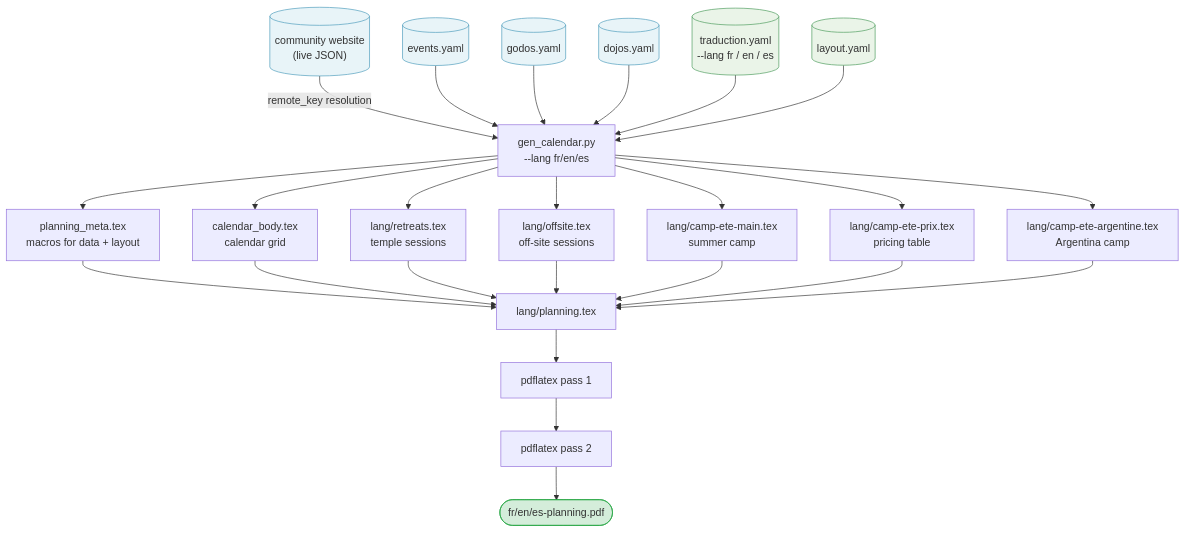
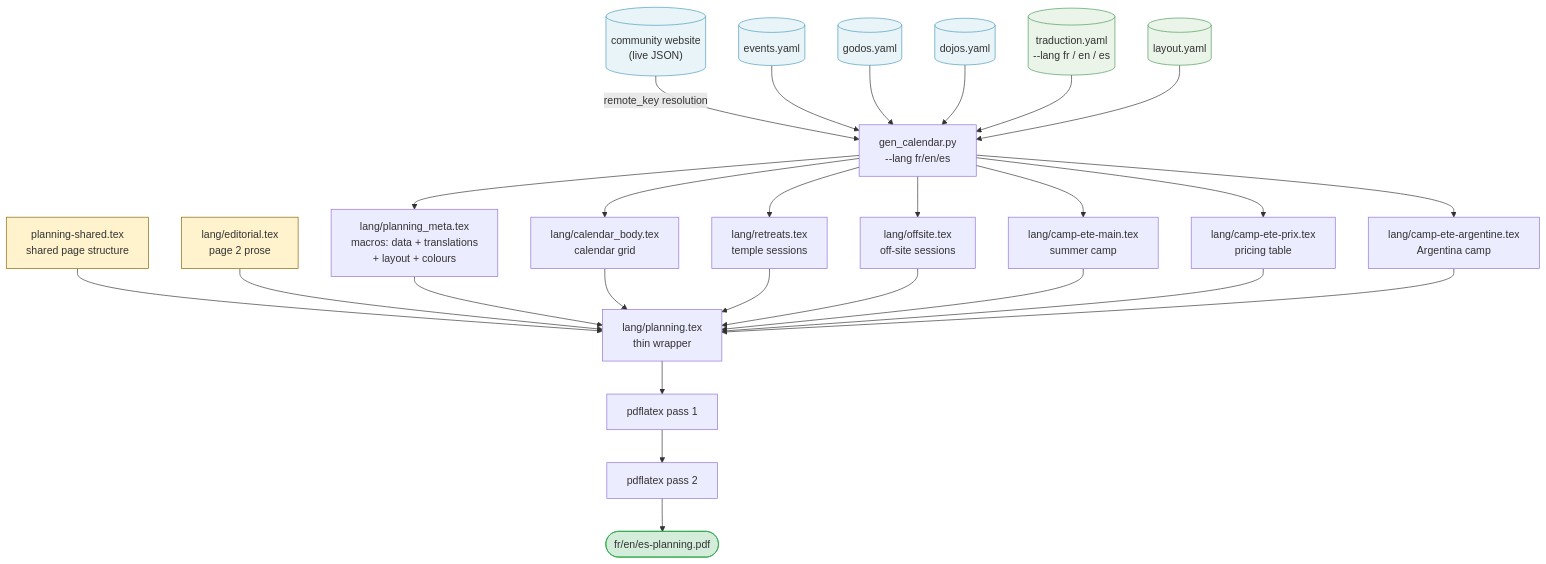
The diagram in src/content/blog/planning-poster-layout-data-generation-separation.mdx (olivier-carrere/redaction-technique.org), drawn with Mermaid before and after one commit. The commit also changed other lines of this file, not shown here.

First line of the commit message:
edit(blog): reflect planning-shared.tex architecture and colour palette in layout.yaml

````diff
--- a/src/content/blog/planning-poster-layout-data-generation-separation.mdx
+++ b/src/content/blog/planning-poster-layout-data-generation-separation.mdx
@@ -49,36 +51,40 @@
 ```mermaid
 flowchart TD
     R[("community website<br/>(live JSON)")] -->|remote_key resolution| G
     EV[(events.yaml)] --> G
     GO[(godos.yaml)] --> G
     DO[(dojos.yaml)] --> G
     TR[(traduction.yaml<br/>--lang fr / en / es)] --> G
     LY[(layout.yaml)] --> G
-    G[gen_calendar.py<br/>--lang fr/en/es] --> M[planning_meta.tex<br/>macros for data + layout]
-    G --> CB[calendar_body.tex<br/>calendar grid]
+    G[gen_calendar.py<br/>--lang fr/en/es] --> M[lang/planning_meta.tex<br/>macros: data + translations<br/>+ layout + colours]
+    G --> CB[lang/calendar_body.tex<br/>calendar grid]
     G --> ST[lang/retreats.tex<br/>temple sessions]
     G --> AS[lang/offsite.tex<br/>off-site sessions]
     G --> CE[lang/camp-ete-main.tex<br/>summer camp]
     G --> CP[lang/camp-ete-prix.tex<br/>pricing table]
     G --> CA[lang/camp-ete-argentine.tex<br/>Argentina camp]
 
-    M --> P[lang/planning.tex]
+    SH[planning-shared.tex<br/>shared page structure] --> P
+    ED[lang/editorial.tex<br/>page 2 prose] --> P
+    M --> P[lang/planning.tex<br/>thin wrapper]
     CB --> P
     ST --> P
     AS --> P
     CE --> P
     CP --> P
     CA --> P
 
     P --> L1[pdflatex pass 1]
     L1 --> L2[pdflatex pass 2]
     L2 --> F([fr/en/es-planning.pdf])
 
     style R fill:#e8f4f8,stroke:#4a9abb
     style EV fill:#e8f4f8,stroke:#4a9abb
     style GO fill:#e8f4f8,stroke:#4a9abb
     style DO fill:#e8f4f8,stroke:#4a9abb
     style TR fill:#eaf4e8,stroke:#4a9a5b
     style LY fill:#eaf4e8,stroke:#4a9a5b
+    style SH fill:#fff3cd,stroke:#856404
+    style ED fill:#fff3cd,stroke:#856404
     style F fill:#d4edda,stroke:#28a745
 ```
````
